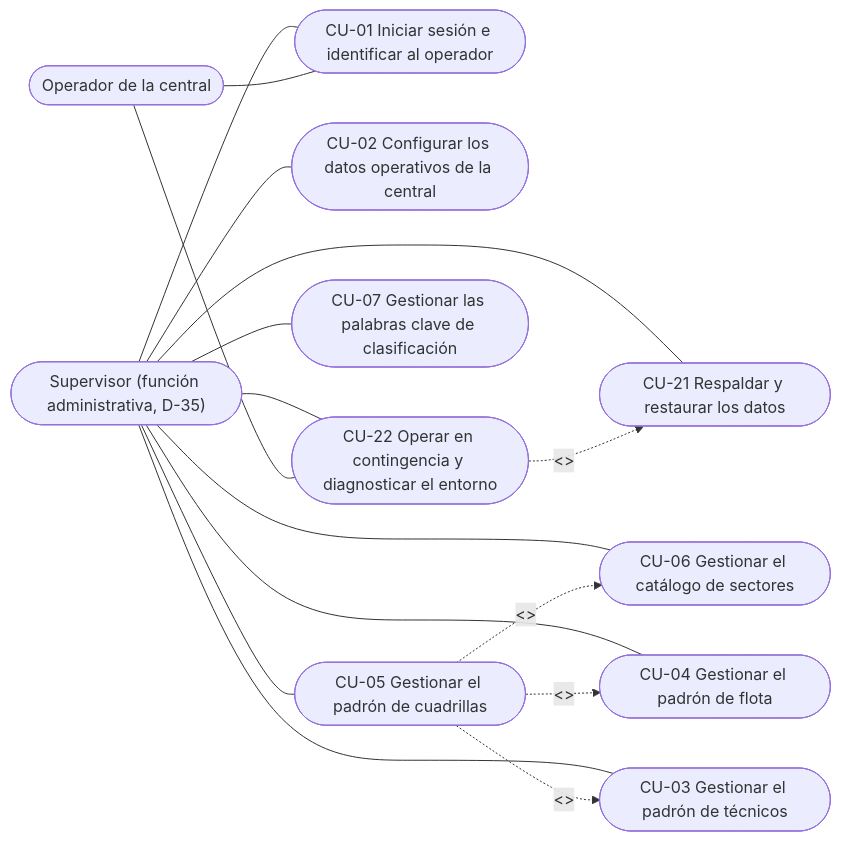
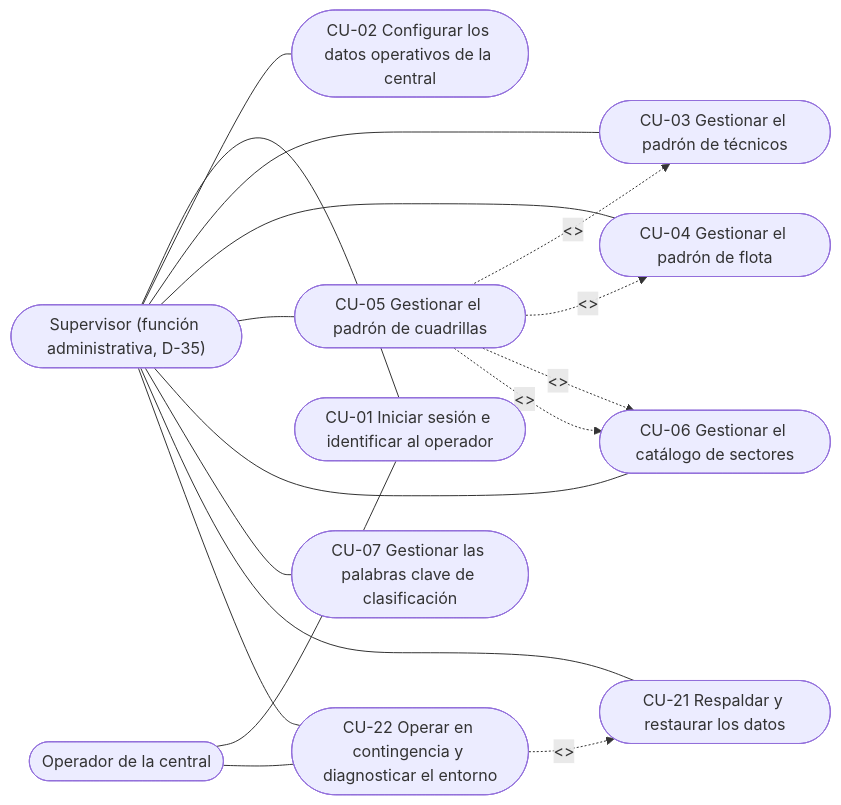
The fourth of 8 diagrams in RepoTecnico/casos_uso/diagramas.md (anlucorporations/GGTO), drawn with Mermaid before and after one commit. The commit also changed other lines of this file and 1 other file, not shown here.

````diff
--- a/RepoTecnico/casos_uso/diagramas.md
+++ b/RepoTecnico/casos_uso/diagramas.md
@@ -213,32 +212,33 @@
 ```mermaid
 flowchart LR
     SUP(["Supervisor (función administrativa, D-35)"])
     OPE(["Operador de la central"])
 
     CU01([CU-01 Iniciar sesión e identificar al operador])
     CU02([CU-02 Configurar los datos operativos de la central])
     CU03([CU-03 Gestionar el padrón de técnicos])
     CU04([CU-04 Gestionar el padrón de flota])
     CU05([CU-05 Gestionar el padrón de cuadrillas])
     CU06([CU-06 Gestionar el catálogo de sectores])
     CU07([CU-07 Gestionar las palabras clave de clasificación])
     CU21([CU-21 Respaldar y restaurar los datos])
     CU22([CU-22 Operar en contingencia y diagnosticar el entorno])
 
     SUP --- CU01
     SUP --- CU02
     SUP --- CU03
     SUP --- CU04
     SUP --- CU05
     SUP --- CU06
     SUP --- CU07
     SUP --- CU21
     SUP --- CU22
     OPE --- CU01
     OPE --- CU22
 
     CU05 -.->|"<<include>>"| CU03
     CU05 -.->|"<<include>>"| CU04
     CU05 -.->|"<<include>>"| CU06
+    CU05 -.->|"<<include>>"| CU06
     CU22 -.->|"<<include>>"| CU21
 ```
````
